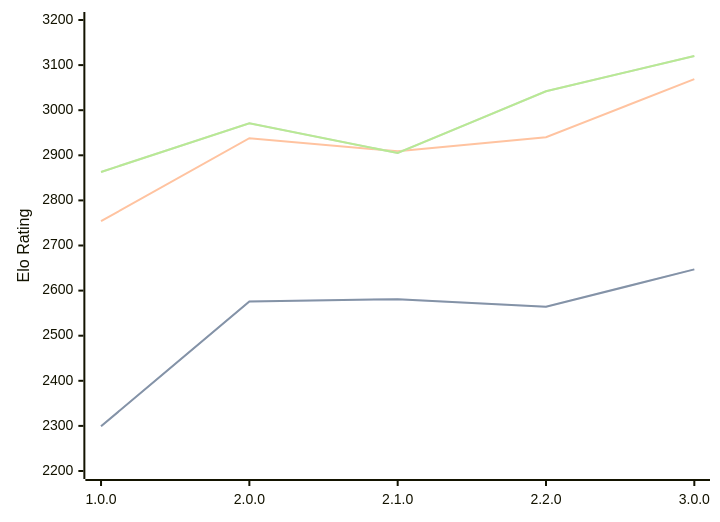
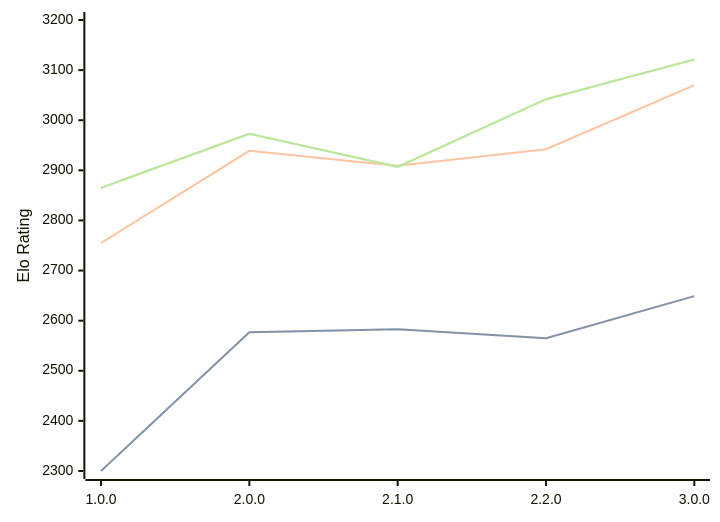
One commit to computer-chess-index/cci changed the diagram in engines/Catalyst.md. Above: the diagram before and after it, drawn with Mermaid. The commit also changed other lines of this file, not shown here.

Commit message:
Update CCI Ratings (ELO VLTC) - 2026-08-15

````diff
--- a/engines/Catalyst.md
+++ b/engines/Catalyst.md
@@ -36,11 +36,11 @@
 ```mermaid
 %%{init: {"theme":"base","themeVariables":{"seriesColors:['#a3a3a3','#222221','#faa371']}}}%%
 xychart-beta
   x-axis ["1.0.0", "2.0.0", "2.1.0", "2.2.0", "3.0.0"]
-  y-axis "Elo Rating" 2200 --> 3200
-  line "STC (8.0+0.08s)" [2299, 2576, 2581, 2564, 2647]
-  line "STC (8.0+0.08s)" [2299, 2576, 2581, 2564, 2647]
-  line "LTC (60.0+0.60s)" [2754, 2938, 2909, 2940, 3069]
-  line "VLTC (2m24s+1.12s)" [2863, 2971, 2905, 3042, 3120]
-  line "VLTC (2m24s+1.12s)" [2863, 2971, 2905, 3042, 3120]
+  y-axis "Elo Rating" 2300 --> 3200
+  line "STC (8.0+0.08s)" [2300, 2577, 2583, 2565, 2649]
+  line "STC (8.0+0.08s)" [2300, 2577, 2583, 2565, 2649]
+  line "LTC (60.0+0.60s)" [2755, 2939, 2909, 2942, 3070]
+  line "VLTC (2m24s+1.12s)" [2865, 2973, 2907, 3042, 3121]
+  line "VLTC (2m24s+1.12s)" [2865, 2973, 2907, 3042, 3121]
 ```
````
